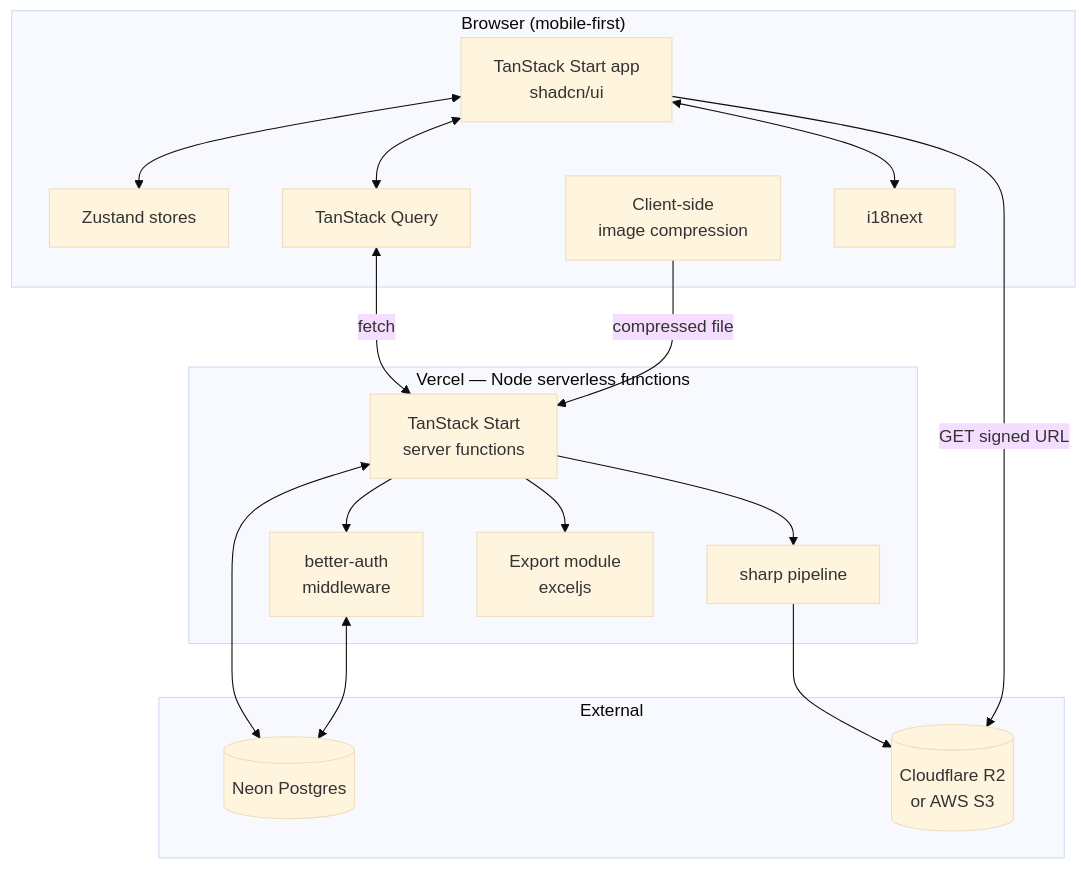
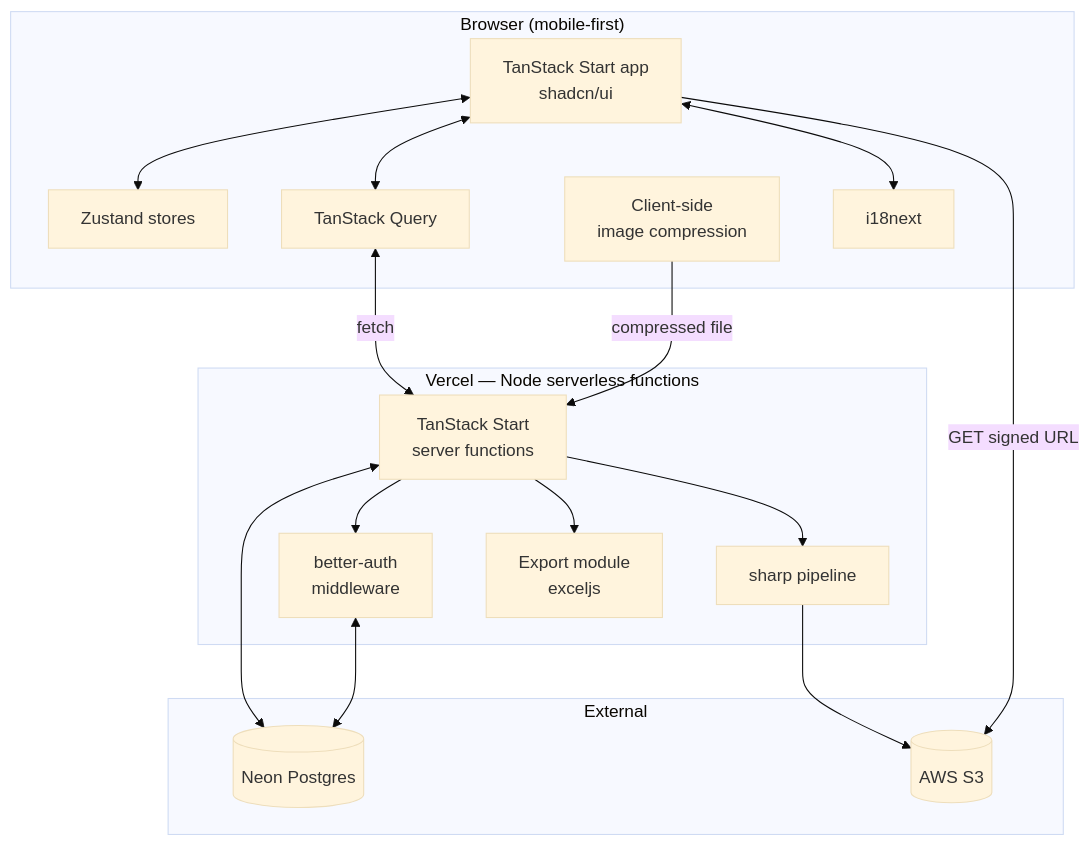
The second of 2 diagrams in docs/PLAN.md (pointmekin/hiu-app), drawn with Mermaid (base theme) before and after one commit. The commit also changed other lines of this file and 2 other files, not shown here.

Commit message:
chore: switch storage from Cloudflare R2 to AWS S3

````diff
--- a/docs/PLAN.md
+++ b/docs/PLAN.md
@@ -368,35 +368,35 @@
 ```mermaid
 graph TB
     subgraph Client["Browser (mobile-first)"]
         UI[TanStack Start app<br/>shadcn/ui]
         ZS[Zustand stores]
         TQ[TanStack Query]
         CC[Client-side<br/>image compression]
         I18N[i18next]
     end
 
     subgraph Server["Vercel — Node serverless functions"]
         SF[TanStack Start<br/>server functions]
         AUTH[better-auth<br/>middleware]
         IMG[sharp pipeline]
         EXP[Export module<br/>exceljs]
     end
 
     subgraph Storage["External"]
         PG[(Neon Postgres)]
-        R2[(Cloudflare R2<br/>or AWS S3)]
+        R2[(AWS S3)]
     end
 
     UI <--> TQ
     UI <--> ZS
     UI <--> I18N
     TQ <-->|fetch| SF
     SF --> AUTH
     SF <--> PG
     AUTH <--> PG
     CC -->|compressed file| SF
     SF --> IMG
     IMG --> R2
     UI -->|GET signed URL| R2
     SF --> EXP
 ```
````
